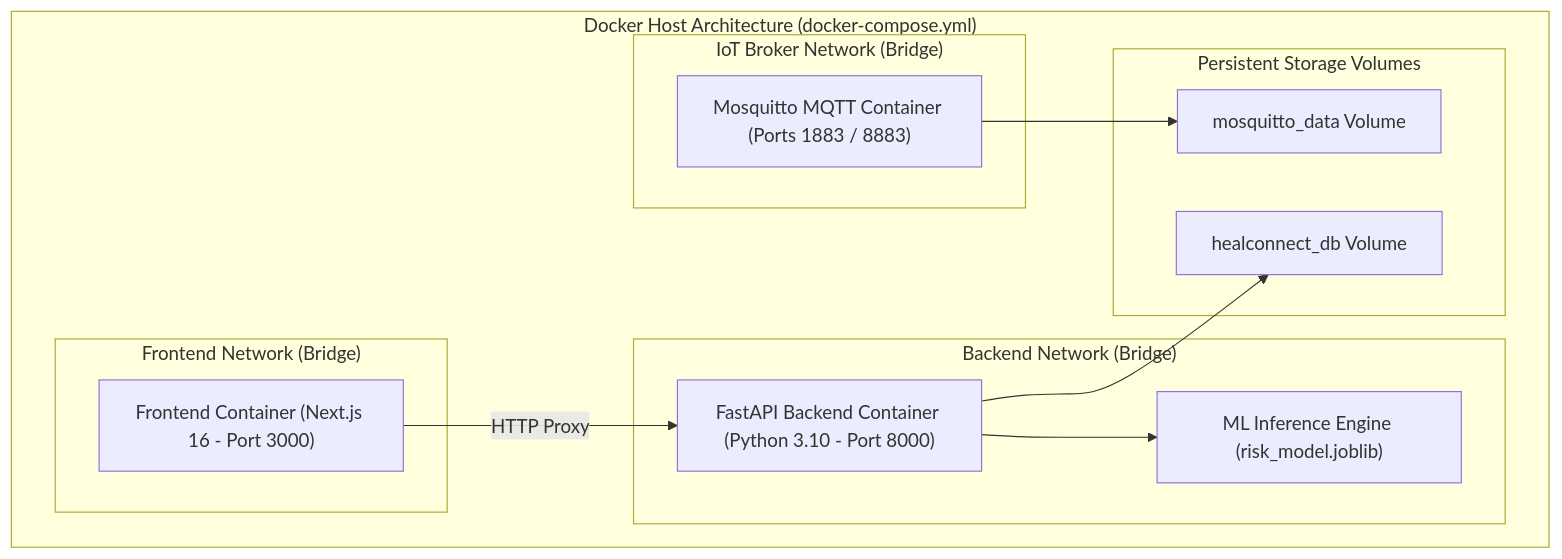
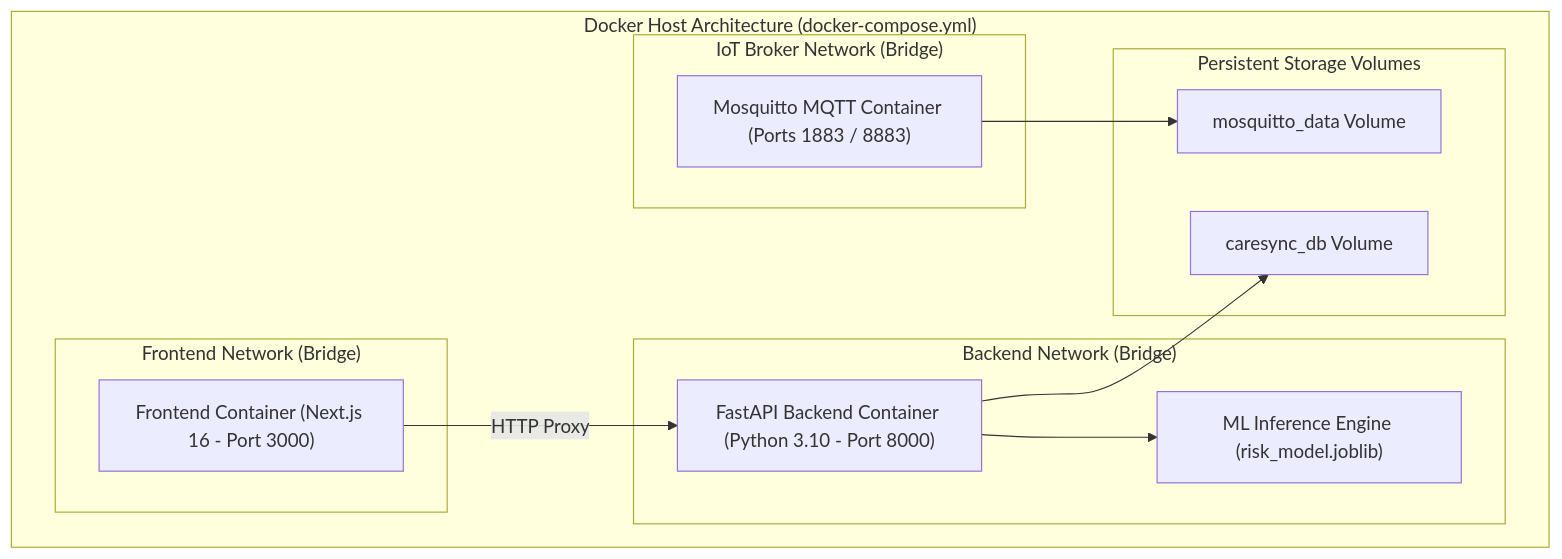
One commit to Pranjal-k22/CareSync changed the diagram in architecture-project/17-deployment-architecture.md. Above: the diagram before and after it, drawn with Mermaid. The commit also changed 41 other files, not shown here.

````diff
--- a/architecture-project/17-deployment-architecture.md
+++ b/architecture-project/17-deployment-architecture.md
@@ -6,27 +6,27 @@
 ```mermaid
 flowchart TD
     subgraph Docker_Host["Docker Host Architecture (docker-compose.yml)"]
         subgraph Net_Frontend["Frontend Network (Bridge)"]
             NextContainer["Frontend Container (Next.js 16 - Port 3000)"]
         end
 
         subgraph Net_Backend["Backend Network (Bridge)"]
             APIContainer["FastAPI Backend Container (Python 3.10 - Port 8000)"]
             MLService["ML Inference Engine (risk_model.joblib)"]
         end
 
         subgraph Net_IoT["IoT Broker Network (Bridge)"]
             MosquittoContainer["Mosquitto MQTT Container (Ports 1883 / 8883)"]
         end
 
         subgraph Storage_Volumes["Persistent Storage Volumes"]
             MosquittoVol["mosquitto_data Volume"]
-            DBVol["healconnect_db Volume"]
+            DBVol["caresync_db Volume"]
         end
     end
 
     NextContainer -->|HTTP Proxy| APIContainer
     APIContainer --> MLService
     APIContainer --> DBVol
     MosquittoContainer --> MosquittoVol
 ```
````
